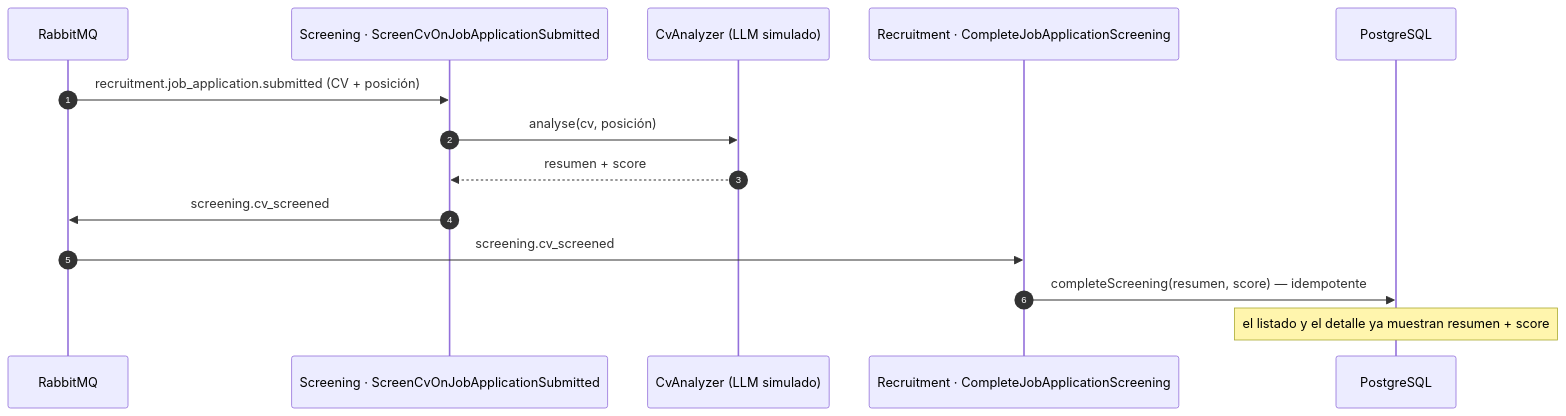
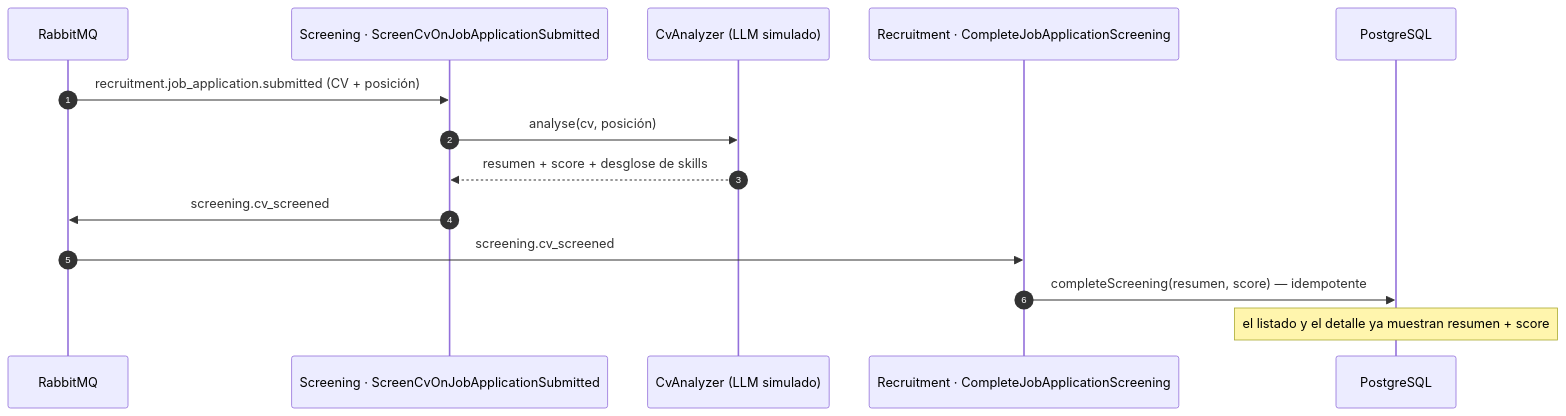
One commit to manuelarandait/ats-poc changed the sixth of 8 diagrams in docs/ARCHITECTURE.es.md. Above: the diagram before and after it, drawn with Mermaid. The commit also changed other lines of this file and 43 other files, not shown here.

````diff
--- a/docs/ARCHITECTURE.es.md
+++ b/docs/ARCHITECTURE.es.md
@@ -276,17 +307,17 @@
 ```mermaid
 sequenceDiagram
     autonumber
     participant MQ as RabbitMQ
     participant SC as Screening · ScreenCvOnJobApplicationSubmitted
     participant AI as CvAnalyzer (LLM simulado)
     participant RC as Recruitment · CompleteJobApplicationScreening
     participant DB as PostgreSQL
 
     MQ->>SC: recruitment.job_application.submitted (CV + posición)
     SC->>AI: analyse(cv, posición)
-    AI-->>SC: resumen + score
+    AI-->>SC: resumen + score + desglose de skills
     SC->>MQ: screening.cv_screened
     MQ->>RC: screening.cv_screened
     RC->>DB: completeScreening(resumen, score) — idempotente
     Note over DB: el listado y el detalle ya muestran resumen + score
 ```
````
